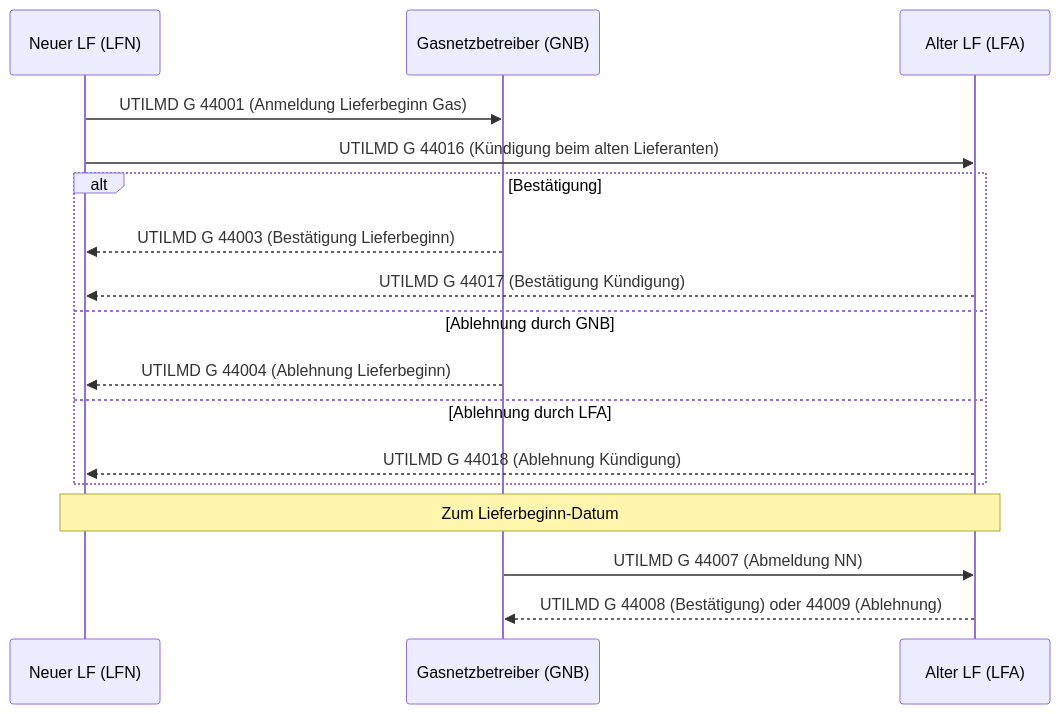
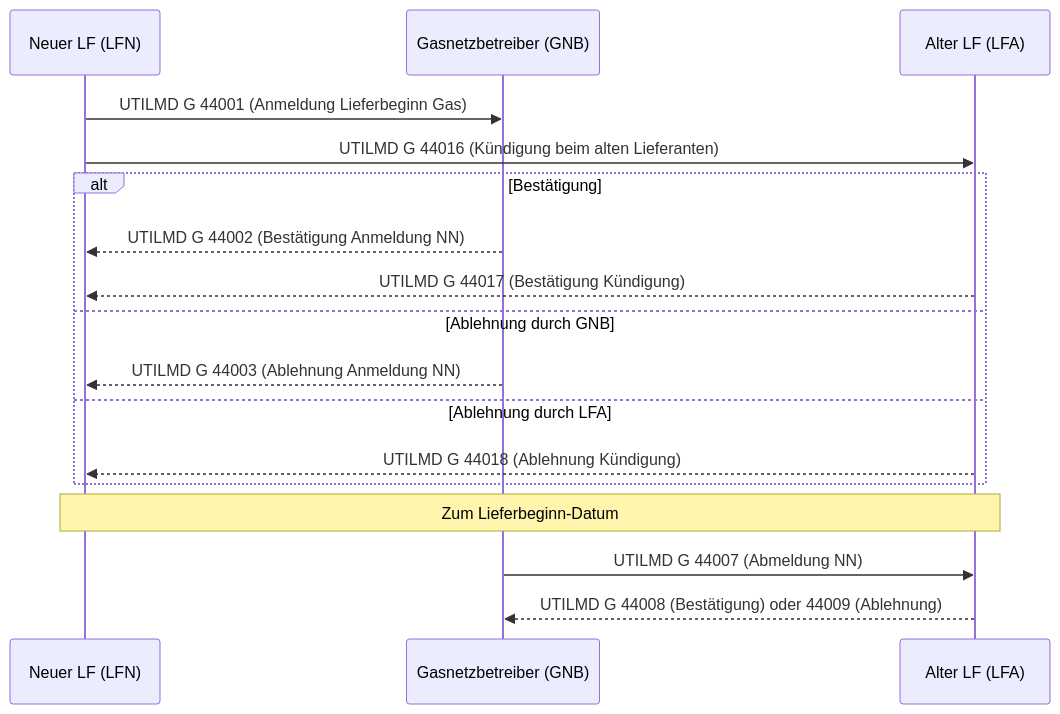
Before and after one commit to hupe1980/mako: the fifth of 9 diagrams in site/content/docs/reference/processes.md, drawn with Mermaid. The commit also changed other lines of this file and 276 other files, not shown here.

````diff
--- a/site/content/docs/reference/processes.md
+++ b/site/content/docs/reference/processes.md
@@ -794,22 +794,22 @@
 ```mermaid
 sequenceDiagram
     participant LFN as Neuer LF (LFN)
     participant GNB as Gasnetzbetreiber (GNB)
     participant LFA as Alter LF (LFA)
 
     LFN->>GNB: UTILMD G 44001 (Anmeldung Lieferbeginn Gas)
     LFN->>LFA: UTILMD G 44016 (Kündigung beim alten Lieferanten)
 
     alt Bestätigung
-        GNB-->>LFN: UTILMD G 44003 (Bestätigung Lieferbeginn)
+        GNB-->>LFN: UTILMD G 44002 (Bestätigung Anmeldung NN)
         LFA-->>LFN: UTILMD G 44017 (Bestätigung Kündigung)
     else Ablehnung durch GNB
-        GNB-->>LFN: UTILMD G 44004 (Ablehnung Lieferbeginn)
+        GNB-->>LFN: UTILMD G 44003 (Ablehnung Anmeldung NN)
     else Ablehnung durch LFA
         LFA-->>LFN: UTILMD G 44018 (Ablehnung Kündigung)
     end
 
     Note over LFN,LFA: Zum Lieferbeginn-Datum
     GNB->>LFA: UTILMD G 44007 (Abmeldung NN)
     LFA-->>GNB: UTILMD G 44008 (Bestätigung) oder 44009 (Ablehnung)
 ```
````
